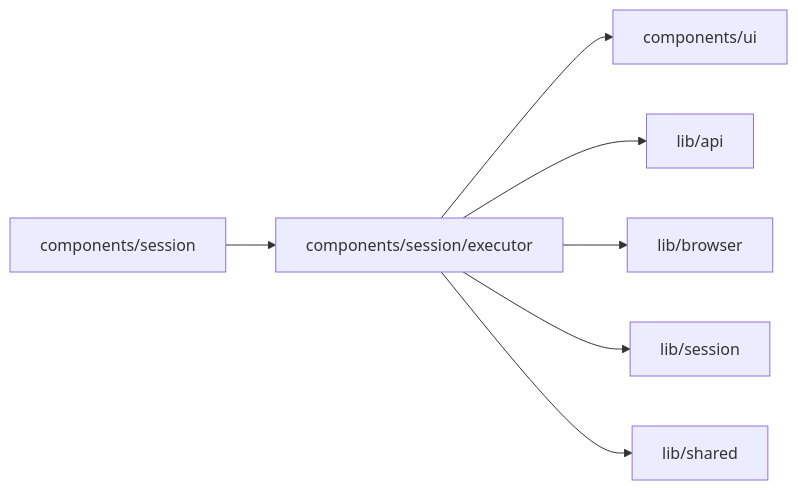
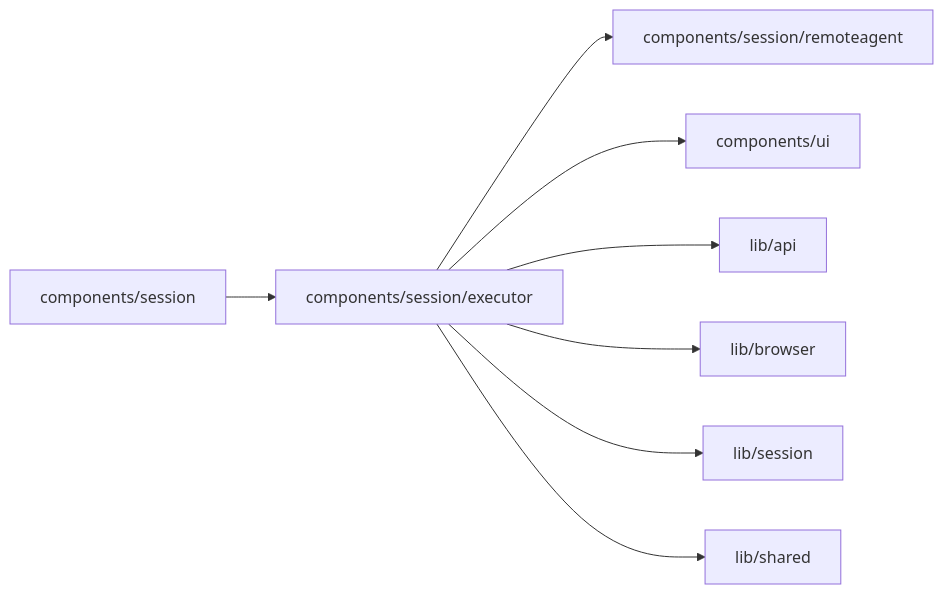
One commit to superdurable/superverse changed the diagram in web/studio/components/session/executor/README.md. Above: the diagram before and after it, drawn with Mermaid. The commit also changed other lines of this file and 47 other files, not shown here.

````diff
--- a/web/studio/components/session/executor/README.md
+++ b/web/studio/components/session/executor/README.md
@@ -10,10 +10,11 @@
 ```mermaid
 flowchart LR
   self["components/session/executor"]
   c0["components/session"] --> self
-  self --> d0["components/ui"]
-  self --> d1["lib/api"]
-  self --> d2["lib/browser"]
-  self --> d3["lib/session"]
-  self --> d4["lib/shared"]
+  self --> d0["components/session/remoteagent"]
+  self --> d1["components/ui"]
+  self --> d2["lib/api"]
+  self --> d3["lib/browser"]
+  self --> d4["lib/session"]
+  self --> d5["lib/shared"]
 ```
````
